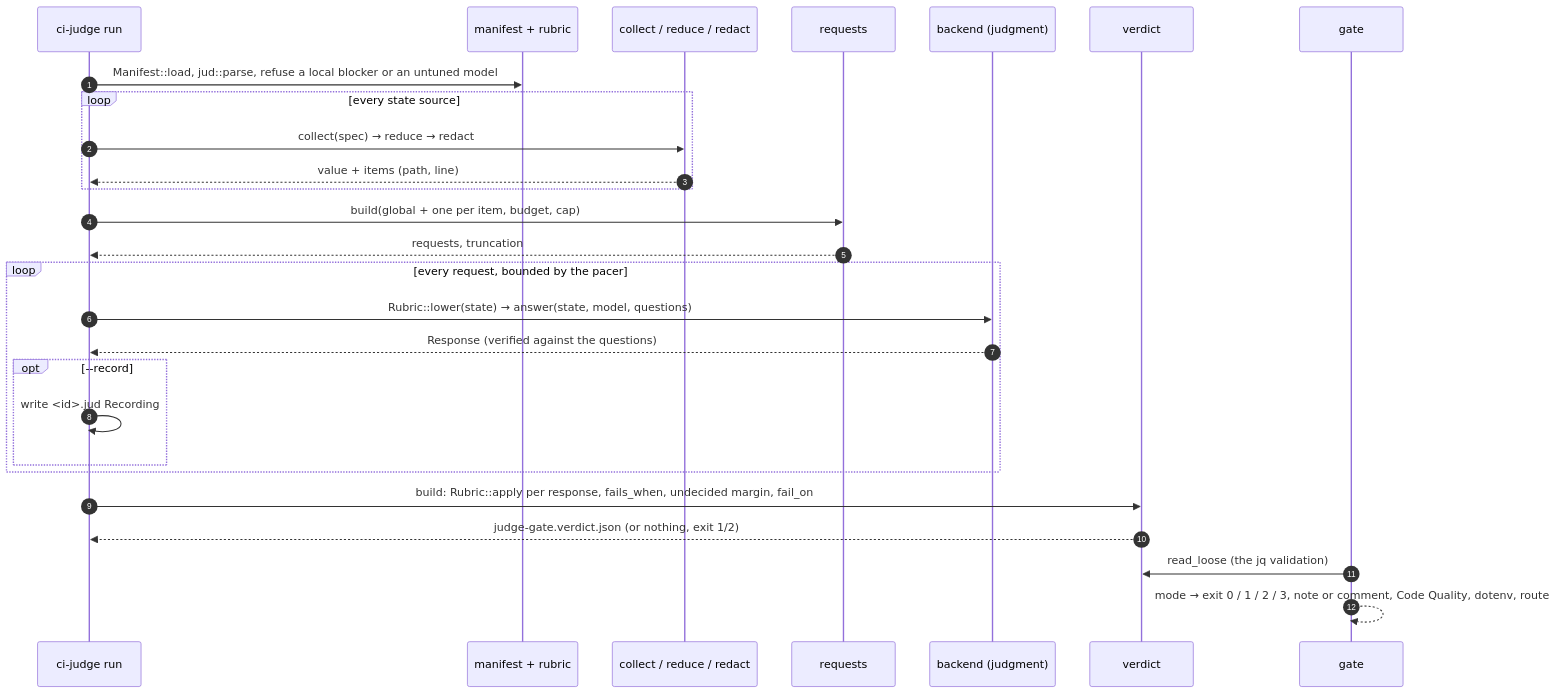
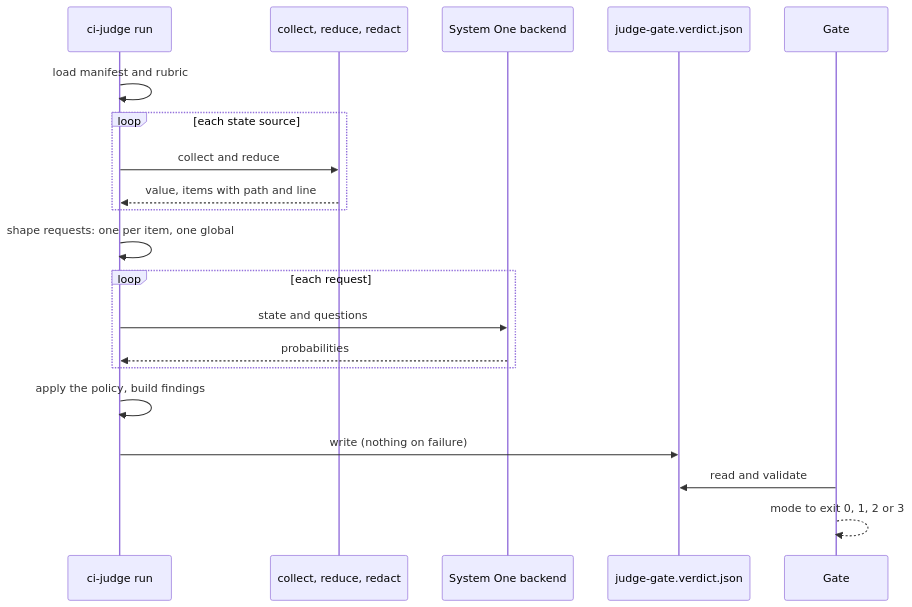
One commit to chussenot/ci-judge changed the fourth of 4 diagrams in docs/architecture.md. Above: the diagram before and after it, drawn with Mermaid. The commit also changed other lines of this file, not shown here.

First line of the commit message:
docs: redraw the architecture as flowcharts

````diff
--- a/docs/architecture.md
+++ b/docs/architecture.md
@@ -132,30 +125,23 @@
 ```mermaid
 sequenceDiagram
-  autonumber
-  participant J as ci-judge run
-  participant M as manifest + rubric
-  participant C as collect / reduce / redact
-  participant R as requests
-  participant B as backend (judgment)
-  participant V as verdict
-  participant G as gate
+    participant run as ci-judge run
+    participant src as collect, reduce, redact
+    participant model as System One backend
+    participant file as judge-gate.verdict.json
+    participant gate as Gate
 
-  J->>M: Manifest::load, jud::parse, refuse a local blocker or an untuned model
-  loop every state source
-    J->>C: collect(spec) → reduce → redact
-    C-->>J: value + items (path, line)
-  end
-  J->>R: build(global + one per item, budget, cap)
-  R-->>J: requests, truncation
-  loop every request, bounded by the pacer
-    J->>B: Rubric::lower(state) → answer(state, model, questions)
-    B-->>J: Response (verified against the questions)
-    opt --record
-      J->>J: write <id>.jud Recording
+    run->>run: load manifest and rubric
+    loop each state source
+        run->>src: collect and reduce
+        src-->>run: value, items with path and line
     end
-  end
-  J->>V: build: Rubric::apply per response, fails_when, undecided margin, fail_on
-  V-->>J: judge-gate.verdict.json (or nothing, exit 1/2)
-  G->>V: read_loose (the jq validation)
-  G-->>G: mode → exit 0 / 1 / 2 / 3, note or comment, Code Quality, dotenv, route
+    run->>run: shape requests: one per item, one global
+    loop each request
+        run->>model: state and questions
+        model-->>run: probabilities
+    end
+    run->>run: apply the policy, build findings
+    run->>file: write (nothing on failure)
+    gate->>file: read and validate
+    gate-->>gate: mode to exit 0, 1, 2 or 3
 ```
````
